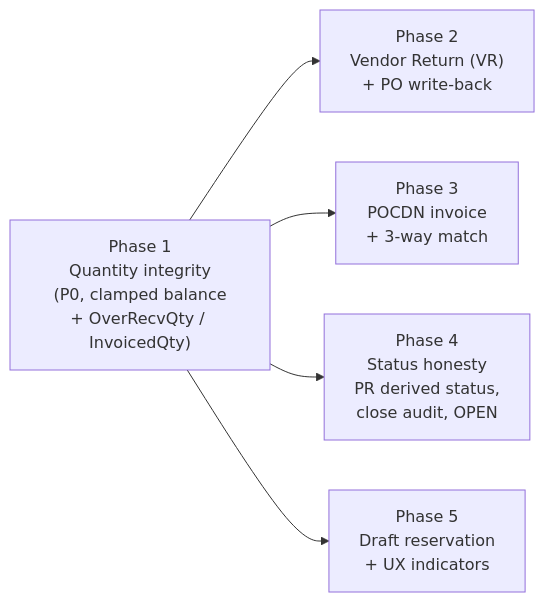
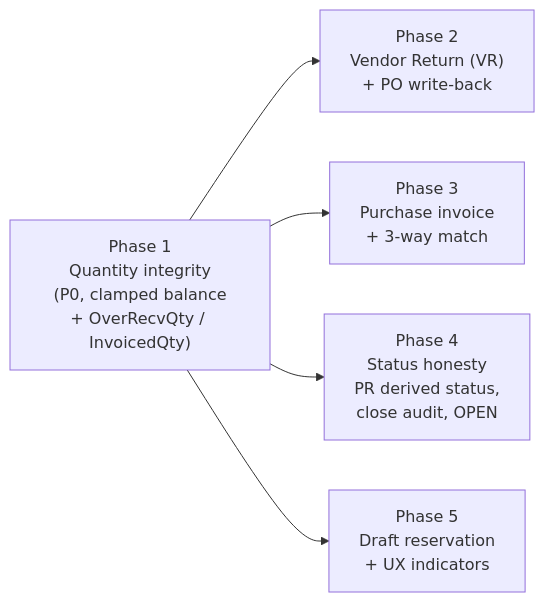
Before and after one commit to mokth/net10projectTemplate: the first of 2 diagrams in plans/procurement-planv2.md, drawn with Mermaid. The commit also changed other lines of this file and 49 other files, not shown here.

````diff
--- a/plans/procurement-planv2.md
+++ b/plans/procurement-planv2.md
@@ -27,13 +27,13 @@
 ```mermaid
 flowchart LR
   P1["Phase 1<br/>Quantity integrity<br/>(P0, clamped balance<br/>+ OverRecvQty / InvoicedQty)"]
   P2["Phase 2<br/>Vendor Return (VR)<br/>+ PO write-back"]
-  P3["Phase 3<br/>POCDN invoice<br/>+ 3-way match"]
+  P3["Phase 3<br/>Purchase invoice<br/>+ 3-way match"]
   P4["Phase 4<br/>Status honesty<br/>PR derived status,<br/>close audit, OPEN"]
   P5["Phase 5<br/>Draft reservation<br/>+ UX indicators"]
 
   P1 --> P2
   P1 --> P3
   P1 --> P4
   P1 --> P5
 ```
````
